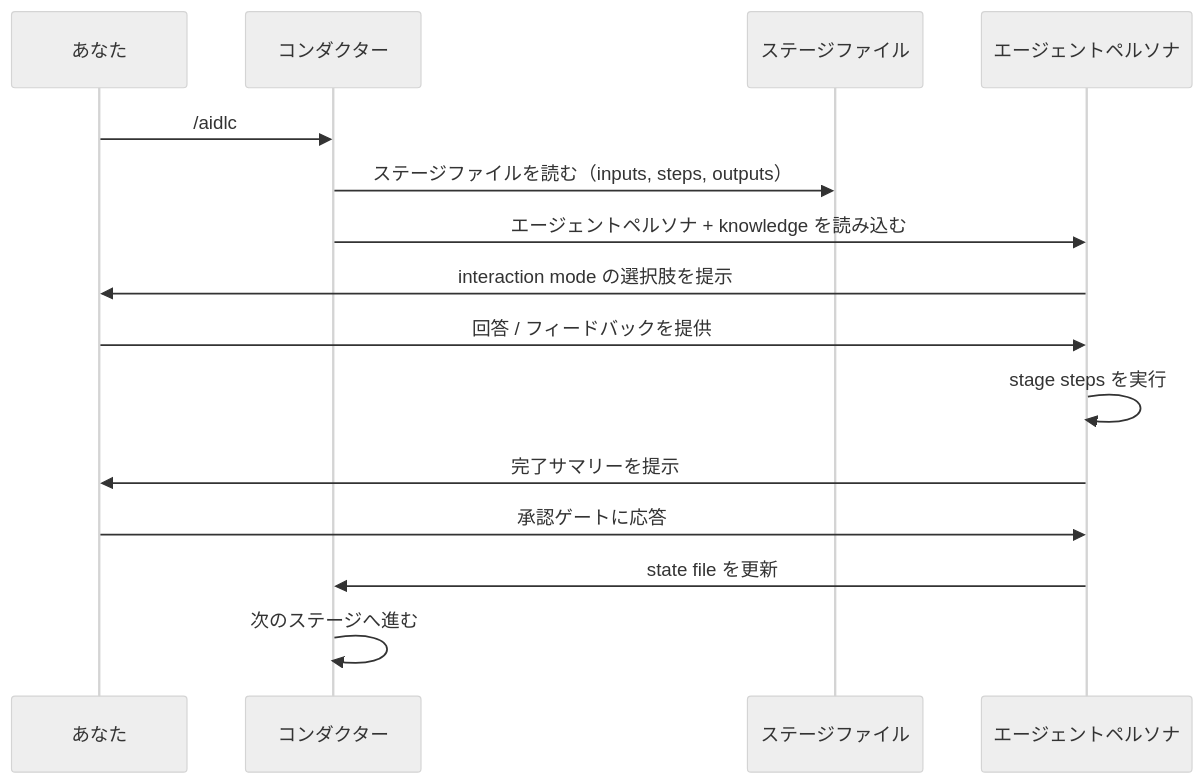
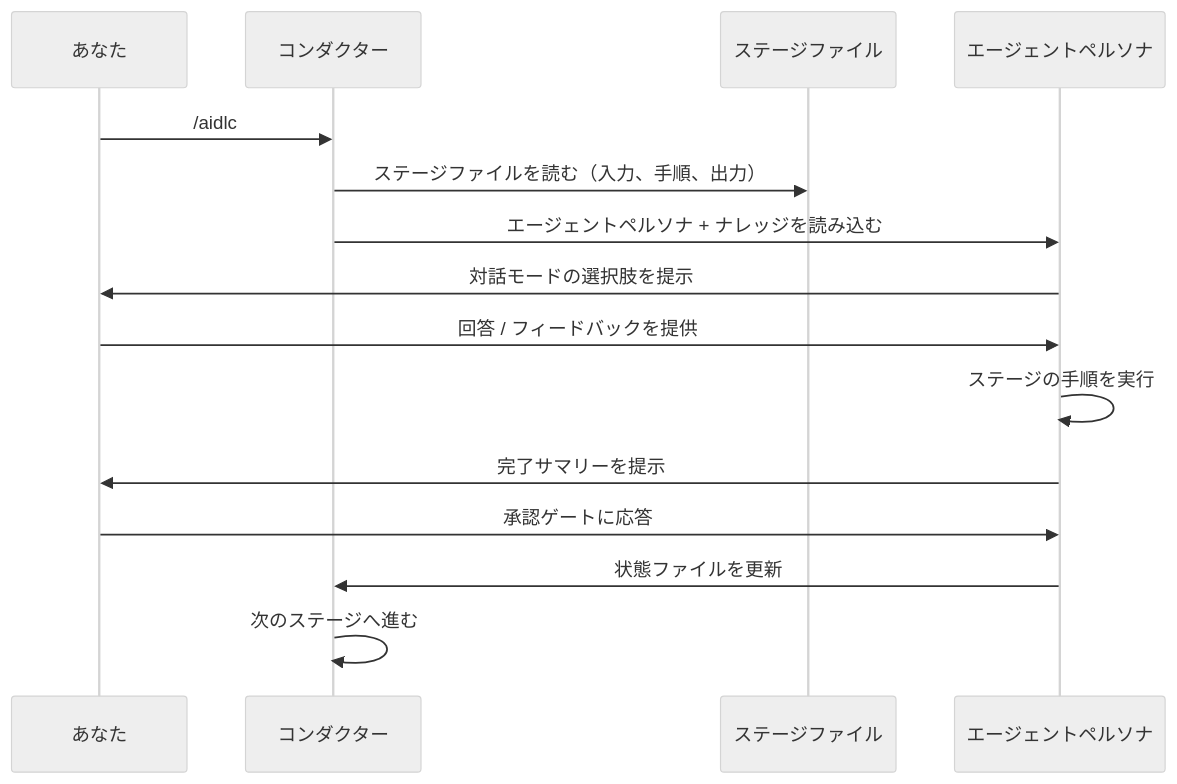
The first of 2 diagrams in docs/guide/02-your-first-workflow.mdx (otomatty/aidlc-workflows-docs), drawn with Mermaid (neutral theme) before and after one commit. The commit also changed other lines of this file and 61 other files, not shown here.

````diff
--- a/docs/guide/02-your-first-workflow.mdx
+++ b/docs/guide/02-your-first-workflow.mdx
@@ -206,18 +206,18 @@
 ```mermaid
 sequenceDiagram
     participant U as あなた
     participant O as コンダクター
     participant S as ステージファイル
     participant A as エージェントペルソナ
 
     U->>O: /aidlc
-    O->>S: ステージファイルを読む（inputs, steps, outputs）
-    O->>A: エージェントペルソナ + knowledge を読み込む
-    A->>U: interaction mode の選択肢を提示
+    O->>S: ステージファイルを読む（入力、手順、出力）
+    O->>A: エージェントペルソナ + ナレッジを読み込む
+    A->>U: 対話モードの選択肢を提示
     U->>A: 回答 / フィードバックを提供
-    A->>A: stage steps を実行
+    A->>A: ステージの手順を実行
     A->>U: 完了サマリーを提示
     U->>A: 承認ゲートに応答
-    A->>O: state file を更新
+    A->>O: 状態ファイルを更新
     O->>O: 次のステージへ進む
 ```
````
